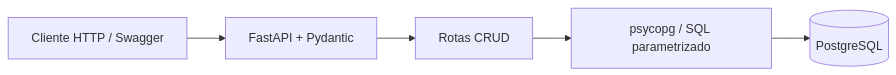
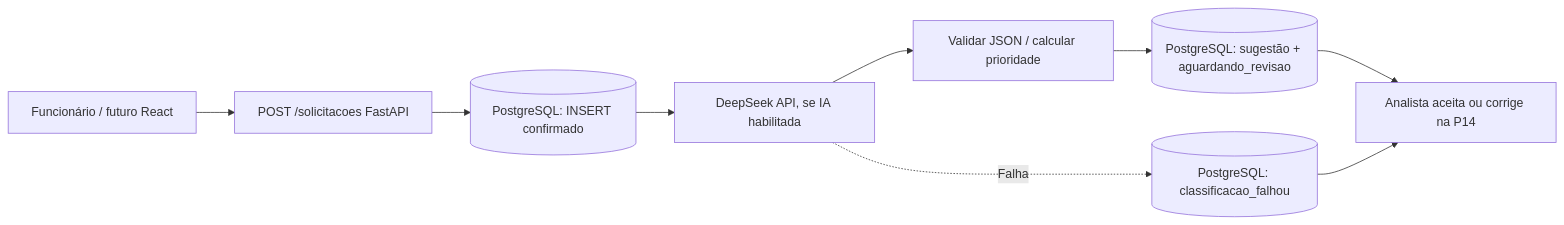
One commit to waldirevora/ai-request-classifier changed the diagram in README.md. Above: the diagram before and after it, drawn with Mermaid. The commit also changed other lines of this file and 9 other files, not shown here.

````diff
--- a/README.md
+++ b/README.md
@@ -25,7 +13,11 @@
 ```mermaid
 flowchart LR
-    A[Cliente HTTP / Swagger] --> B[FastAPI + Pydantic]
-    B --> C[Rotas CRUD]
-    C --> D[psycopg / SQL parametrizado]
-    D --> E[(PostgreSQL)]
+    A[Funcionário / futuro React] --> B[POST /solicitacoes FastAPI]
+    B --> C[(PostgreSQL: INSERT confirmado)]
+    C --> D[DeepSeek API, se IA habilitada]
+    D --> E[Validar JSON / calcular prioridade]
+    E --> F[(PostgreSQL: sugestão + aguardando_revisao)]
+    D -. Falha .-> G[(PostgreSQL: classificacao_falhou)]
+    F --> H[Analista aceita ou corrige na P14]
+    G --> H
 ```
````
